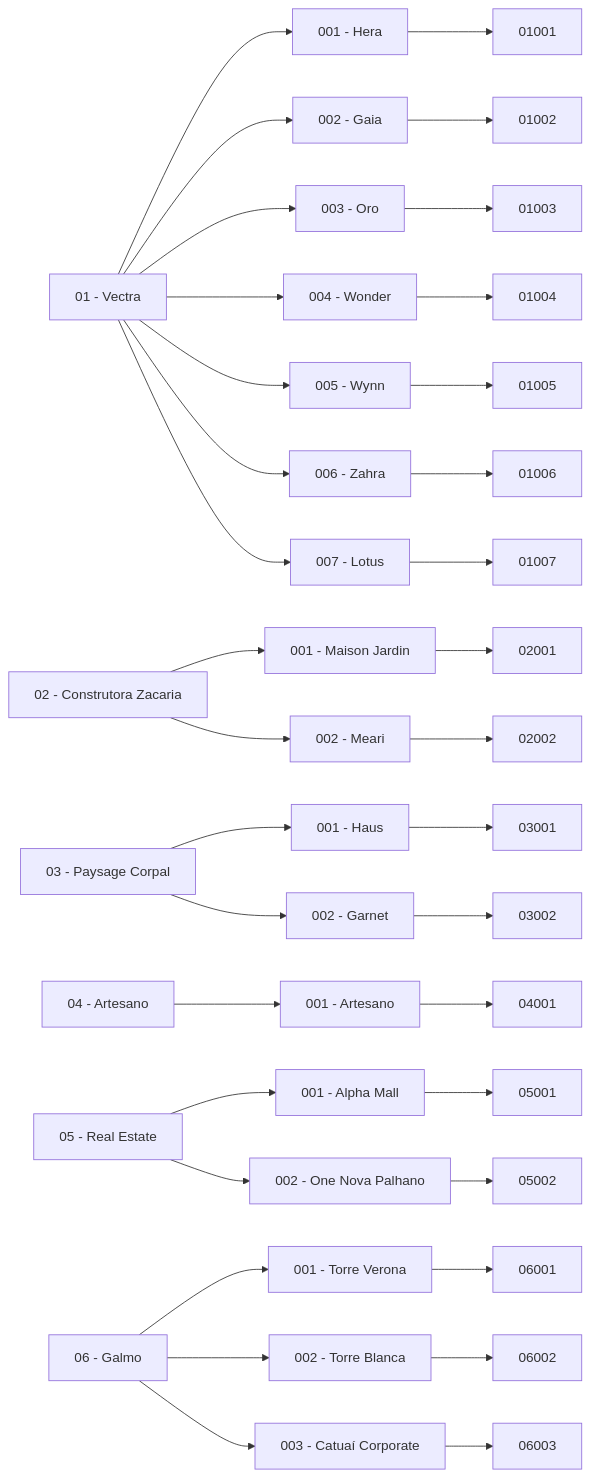
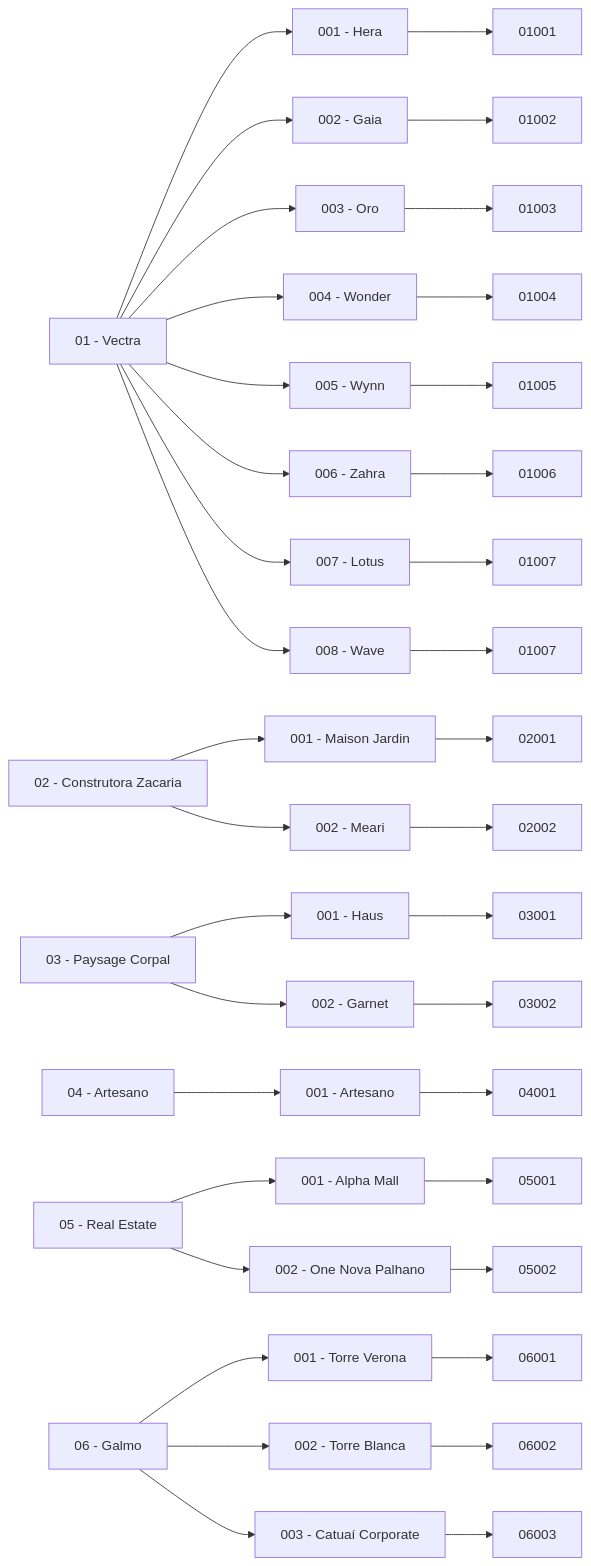
Before and after one commit to leadzsoftware/cmsouza: the third of 3 diagrams in readme.md, drawn with Mermaid.

````diff
--- a/readme.md
+++ b/readme.md
@@ -286,26 +286,27 @@
 ```mermaid
 flowchart LR
-    A["01 - Vectra"] --> A1["001 - Hera"] & A2["002 - Gaia"] & A3["003 - Oro"] & A4["004 - Wonder"] & A5["005 - Wynn"] & A6["006 - Zahra"] & A7["007 - Lotus"]
+    A["01 - Vectra"] --> A1["001 - Hera"] & A2["002 - Gaia"] & A3["003 - Oro"] & A4["004 - Wonder"] & A5["005 - Wynn"] & A6["006 - Zahra"] & A7["007 - Lotus"] & A8["008 - Wave"]
     B["02 - Construtora Zacaria"] --> B1["001 - Maison Jardin"] & B2["002 - Meari"]
     C["03 - Paysage Corpal"] --> C1["001 - Haus"] & C2["002 - Garnet"]
     D["04 - Artesano"] --> D1["001 - Artesano"]
     E["05 - Real Estate"] --> E1["001 - Alpha Mall"] & E2["002 - One Nova Palhano"]
     F["06 - Galmo"] --> F1["001 - Torre Verona"] & F2["002 - Torre Blanca"] & F3["003 - Catuaí Corporate"]
     A1 --> nv["01001"]
     A2 --> n0["01002"]
     A3 --> nt["01003"]
     A4 --> nf["01004"]
     A5 --> nh["01005"]
     A6 --> ni["01006"]
     A7 --> nj["01007"]
+    A8 --> nm["01007"]
     B1 --> nn["02001"]
     B2 --> nl["02002"]
     C1 --> nk["03001"]
     C2 --> n9["03002"]
     D1 --> nq["04001"]
     E1 --> nr["05001"]
     E2 --> ns["05002"]
     F1 --> nx["06001"]
     F2 --> nu["06002"]
     F3 --> nw["06003"]
 ```
````
